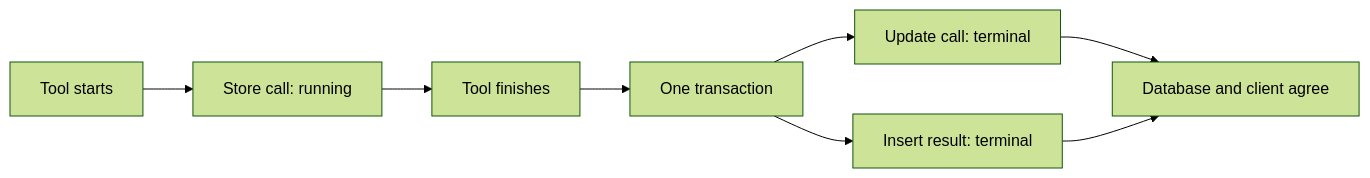
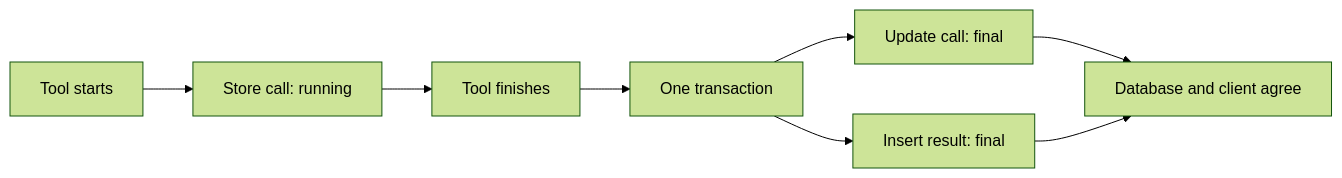
One commit to kpsuperplane/Noema changed diagram 14 of 29 in docs/superpowers/plans/2026-08-08-noema-practical-reliability-roadmap.md. Above: the diagram before and after it, drawn with Mermaid (forest theme). The commit also changed other lines of this file, not shown here.

Commit message:
docs: make plain code the first roadmap phase

````diff
--- a/docs/superpowers/plans/2026-08-08-noema-practical-reliability-roadmap.md
+++ b/docs/superpowers/plans/2026-08-08-noema-practical-reliability-roadmap.md
@@ -487,10 +905,10 @@
 ```mermaid
 flowchart LR
     A["Tool starts"] --> B["Store call: running"]
     B --> C["Tool finishes"]
     C --> D["One transaction"]
-    D --> E["Update call: terminal"]
-    D --> F["Insert result: terminal"]
+    D --> E["Update call: final"]
+    D --> F["Insert result: final"]
     E --> G["Database and client agree"]
     F --> G
 ```
````
